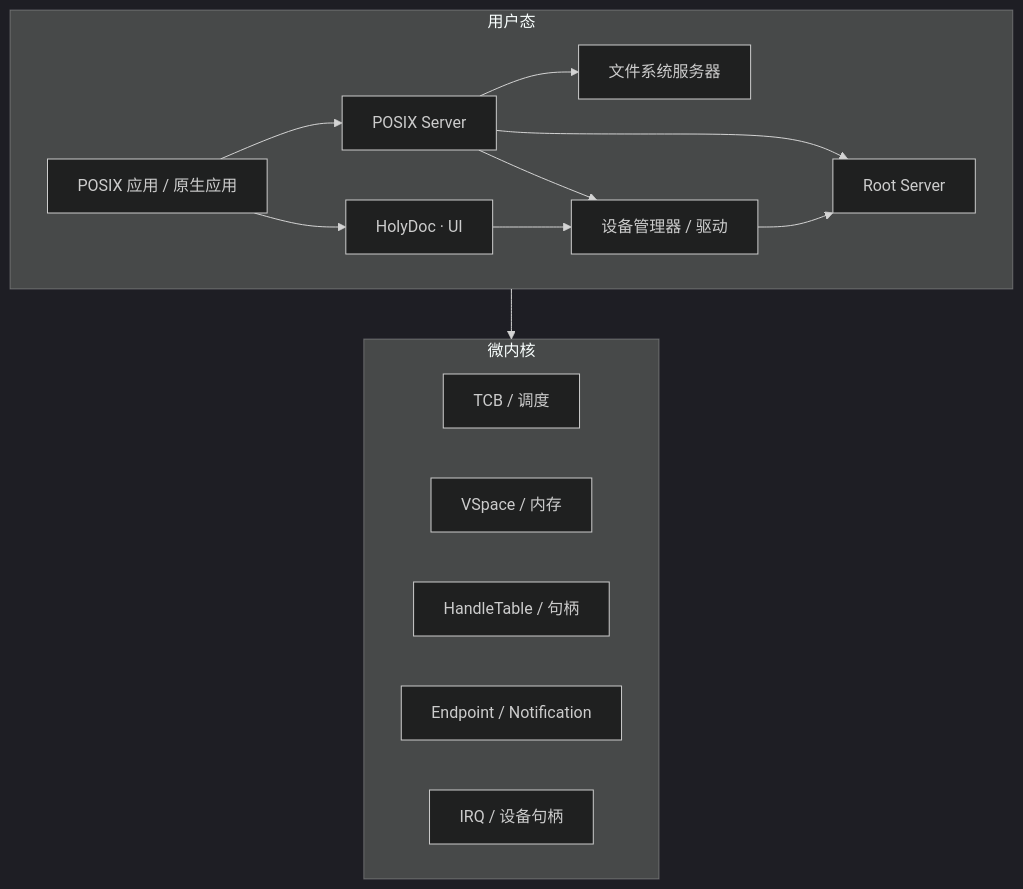
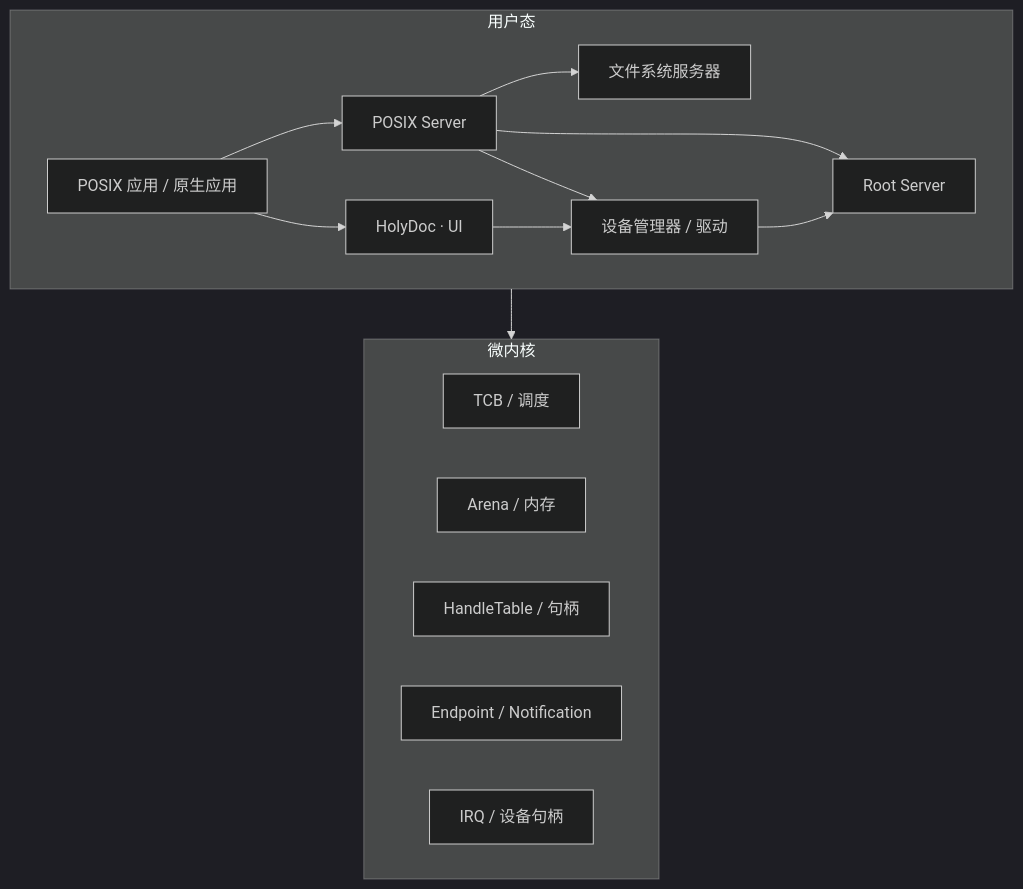
Before and after one commit to hongweifei/HolyKernel: the diagram in docs/charter.md, drawn with Mermaid (dark theme). The commit also changed other lines of this file and 35 other files, not shown here.

````diff
--- a/docs/charter.md
+++ b/docs/charter.md
@@ -11,26 +11,26 @@
 ```mermaid
 flowchart TB
     subgraph User["用户态"]
         Apps["POSIX 应用 / 原生应用"]
         POSIX["POSIX Server"]
         FS["文件系统服务器"]
         Drivers["设备管理器 / 驱动"]
         Root["Root Server"]
         Native["HolyDoc · UI"]
     end
     subgraph Kernel["微内核"]
         TCB["TCB / 调度"]
-        VSpace["VSpace / 内存"]
+        Arena["Arena / 内存"]
         HandleTable["HandleTable / 句柄"]
         IPC["Endpoint / Notification"]
         IRQ["IRQ / 设备句柄"]
     end
     Apps --> POSIX
     Apps --> Native
     POSIX --> FS
     POSIX --> Drivers
     POSIX --> Root
     Native --> Drivers
     Drivers --> Root
     User --> Kernel
 ```
````
